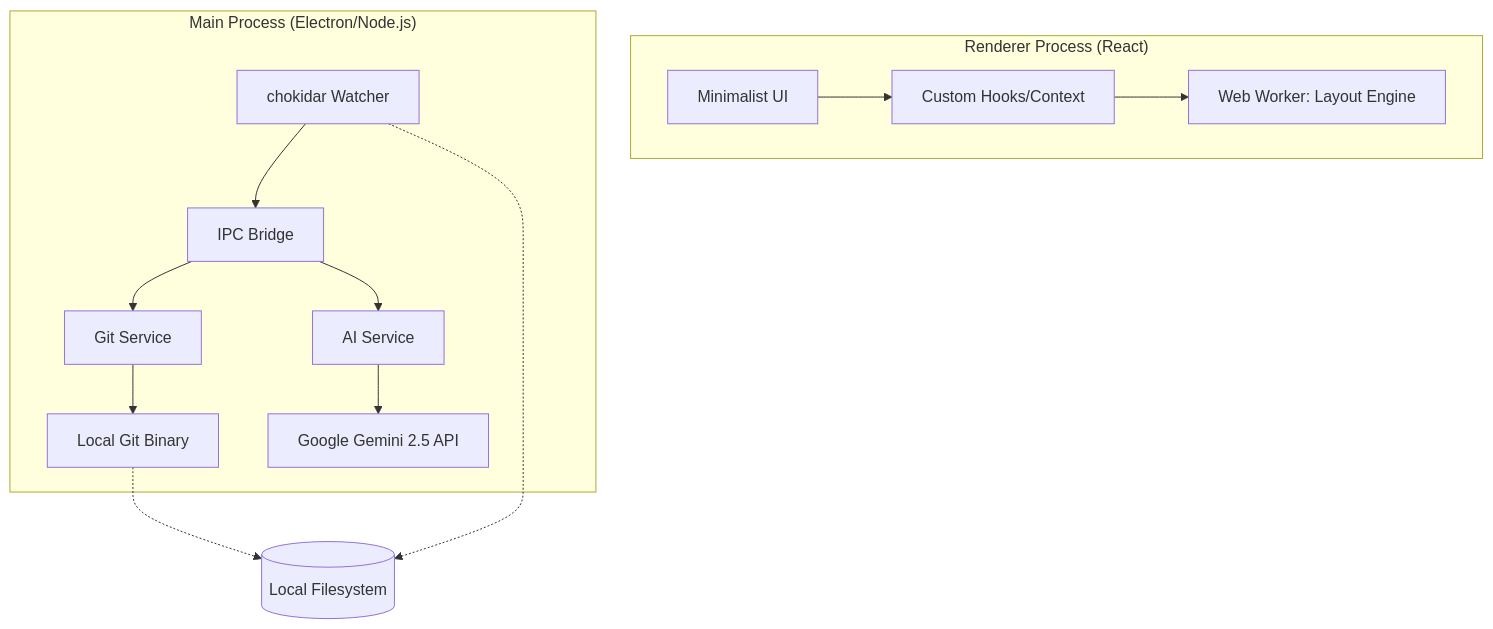
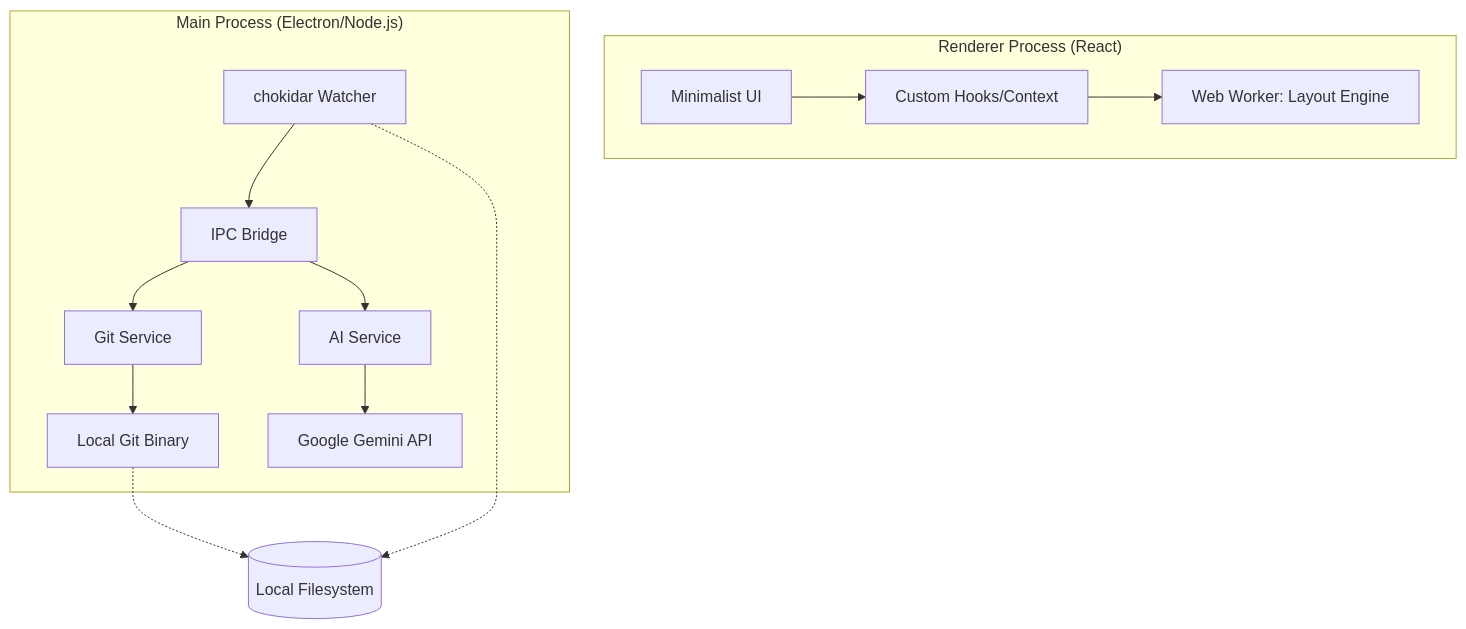
The diagram in documentation.md (TainYanTun/GitCanopy), drawn with Mermaid before and after one commit. The commit also changed other lines of this file and 2 other files, not shown here.

````diff
--- a/documentation.md
+++ b/documentation.md
@@ -21,18 +32,18 @@
 ```mermaid
 graph TD
     subgraph "Renderer Process (React)"
         UI[Minimalist UI] --> Hook[Custom Hooks/Context]
         Hook --> Worker[Web Worker: Layout Engine]
     end
 
     subgraph "Main Process (Electron/Node.js)"
         IPC[IPC Bridge] --> GitS[Git Service]
         IPC --> AIS[AI Service]
         GitS --> Binary[Local Git Binary]
-        AIS --> Gemini[Google Gemini 2.5 API]
+        AIS --> Gemini[Google Gemini API]
         Watcher[chokidar Watcher] --> IPC
     end
 
     Binary -.-> FS[(Local Filesystem)]
     Watcher -.-> FS
 ```
````
